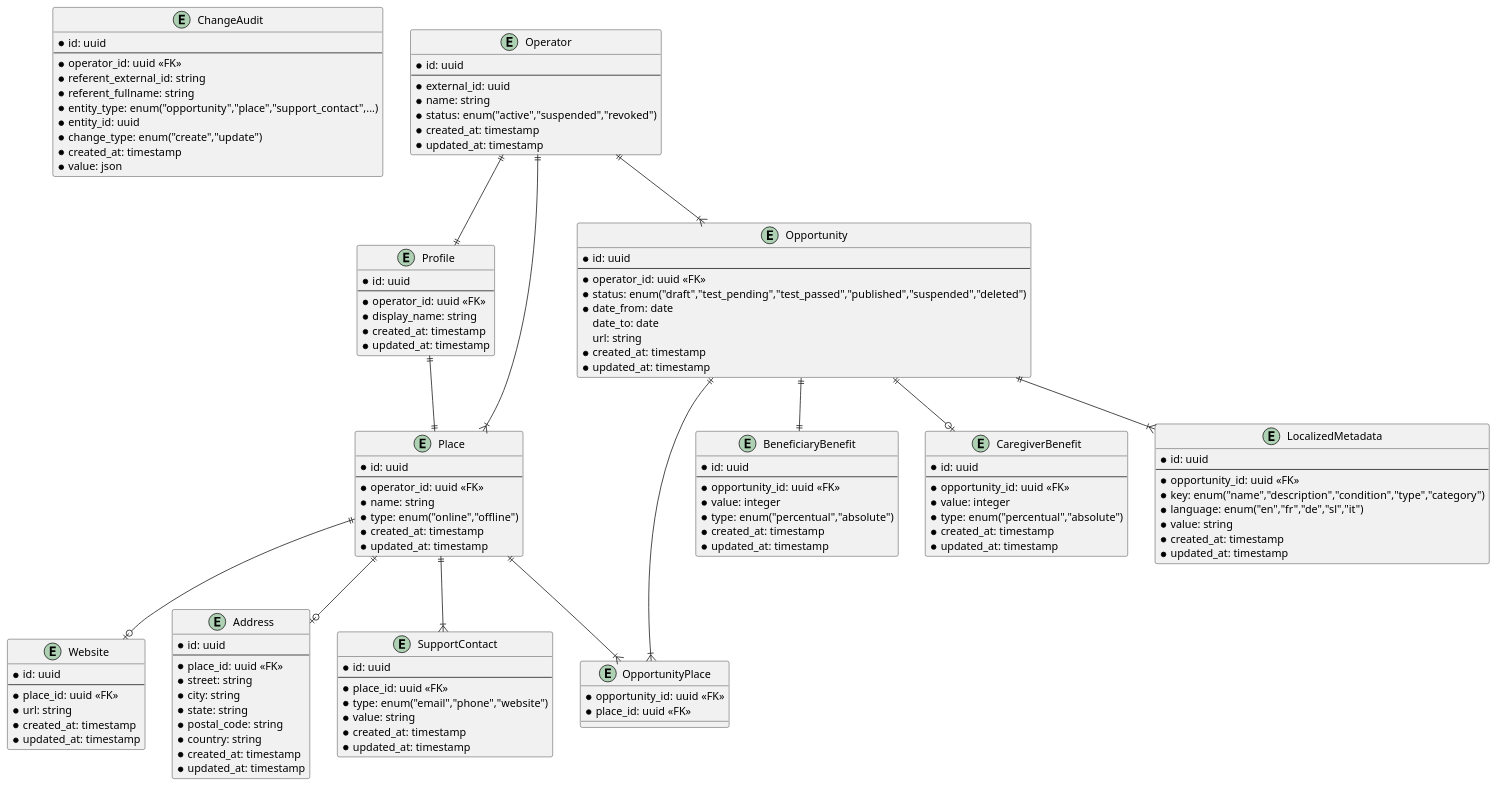
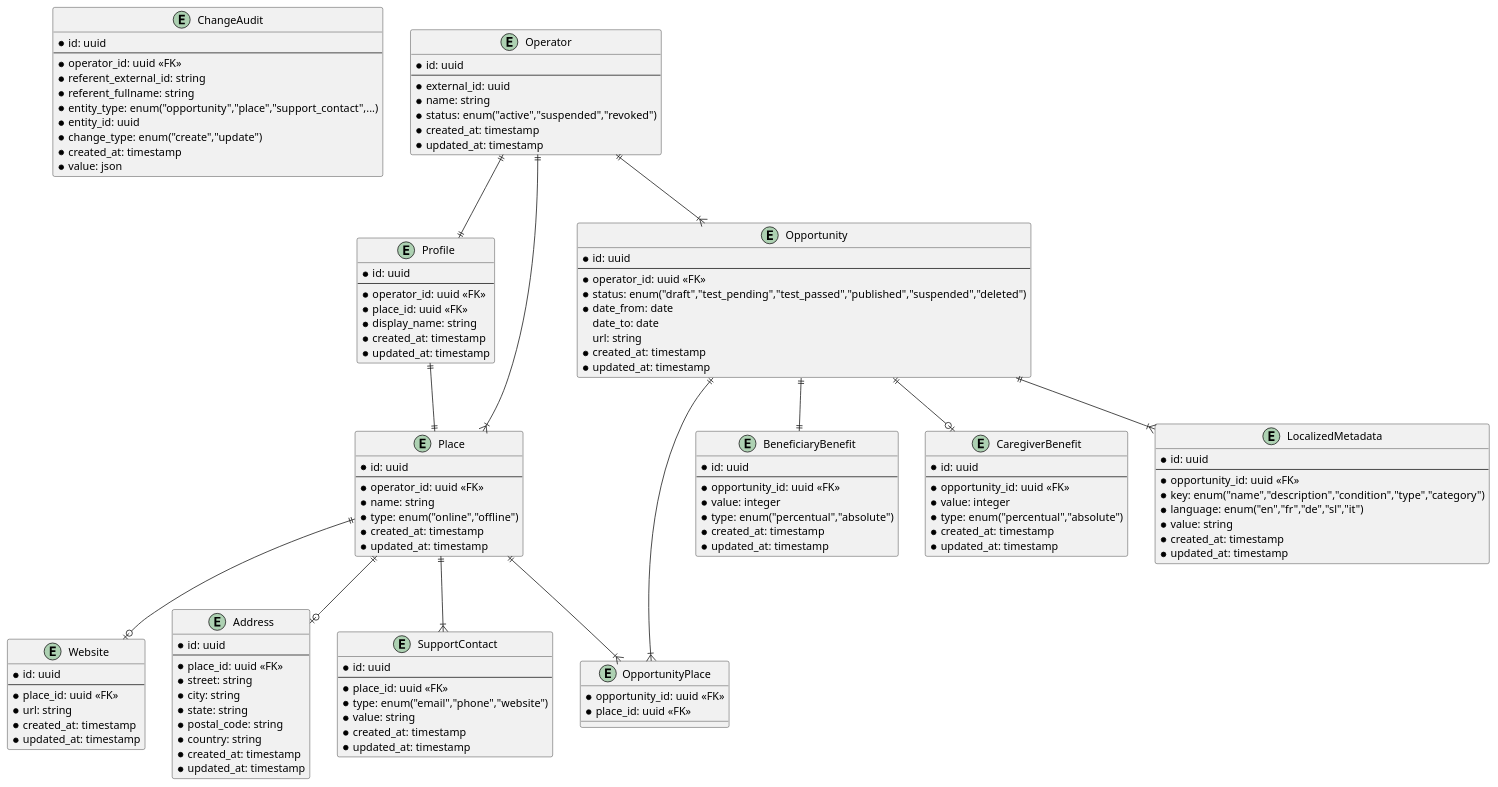
The diagram in docs/backoffice/er.puml (pagopa/io-growth), drawn with PlantUML before and after one commit. The commit also changed 1 other file, not shown here.

Commit message:
(doc): fixed profile and added sequence

```diff
--- a/docs/backoffice/er.puml
+++ b/docs/backoffice/er.puml
@@ -1,138 +1,139 @@
 @startuml ced_er_diagram
 
 entity ChangeAudit {
     * id: uuid
     --
     * operator_id: uuid <<FK>>
     * referent_external_id: string
     * referent_fullname: string
     * entity_type: enum("opportunity","place","support_contact",...)
     * entity_id: uuid
     * change_type: enum("create","update")
     * created_at: timestamp
     * value: json
 }
 
 entity Operator {
     * id: uuid
     --
     * external_id: uuid
     * name: string
     * status: enum("active","suspended","revoked")
     * created_at: timestamp
     * updated_at: timestamp
 }
 
 entity Profile {
     * id: uuid
     --
     * operator_id: uuid <<FK>>
+    * place_id: uuid <<FK>>
     * display_name: string
     * created_at: timestamp
     * updated_at: timestamp
 }
 
 entity Place {
     * id: uuid
     --
     * operator_id: uuid <<FK>>
     * name: string
     * type: enum("online","offline")
     * created_at: timestamp
     * updated_at: timestamp
 }
 
 entity Website {
     * id: uuid
     --
     * place_id: uuid <<FK>>
     * url: string
     * created_at: timestamp
     * updated_at: timestamp
 }
 
 entity Address {
     * id: uuid
     --
     * place_id: uuid <<FK>>
     * street: string
     * city: string
     * state: string
     * postal_code: string
     * country: string
     * created_at: timestamp
     * updated_at: timestamp
 }
 
 entity SupportContact {
     * id: uuid
     --
     * place_id: uuid <<FK>>
     * type: enum("email","phone","website")
     * value: string
     * created_at: timestamp
     * updated_at: timestamp
 }
 
 entity OpportunityPlace {
     * opportunity_id: uuid <<FK>>
     * place_id: uuid <<FK>>
 }
 
 entity Opportunity {
     * id: uuid
     --
     * operator_id: uuid <<FK>>
     * status: enum("draft","test_pending","test_passed","published","suspended","deleted")
     * date_from: date
     date_to: date
     url: string
     * created_at: timestamp
     * updated_at: timestamp
 }
 
 entity BeneficiaryBenefit {
     * id: uuid
     --
     * opportunity_id: uuid <<FK>>
     * value: integer
     * type: enum("percentual","absolute")
     * created_at: timestamp
     * updated_at: timestamp
 }
 
 entity CaregiverBenefit {
     * id: uuid
     --
     * opportunity_id: uuid <<FK>>
     * value: integer
     * type: enum("percentual","absolute")
     * created_at: timestamp
     * updated_at: timestamp
 }
 
 entity LocalizedMetadata {
     * id: uuid
     --
     * opportunity_id: uuid <<FK>>
     * key: enum("name","description","condition","type","category")
     * language: enum("en","fr","de","sl","it")
     * value: string
     * created_at: timestamp
     * updated_at: timestamp
 }
 
 Operator ||--|{ Place
 Operator ||--|{ Opportunity
 Operator ||--|| Profile
 Profile ||--|| Place
 Place ||--o| Address
 Place ||--o| Website
 Place ||--|{ SupportContact
 Place ||--|{ OpportunityPlace
 Opportunity ||--|{ OpportunityPlace
 Opportunity ||--|| BeneficiaryBenefit
 Opportunity ||--o| CaregiverBenefit
 Opportunity ||--|{ LocalizedMetadata
 
 @enduml
```
